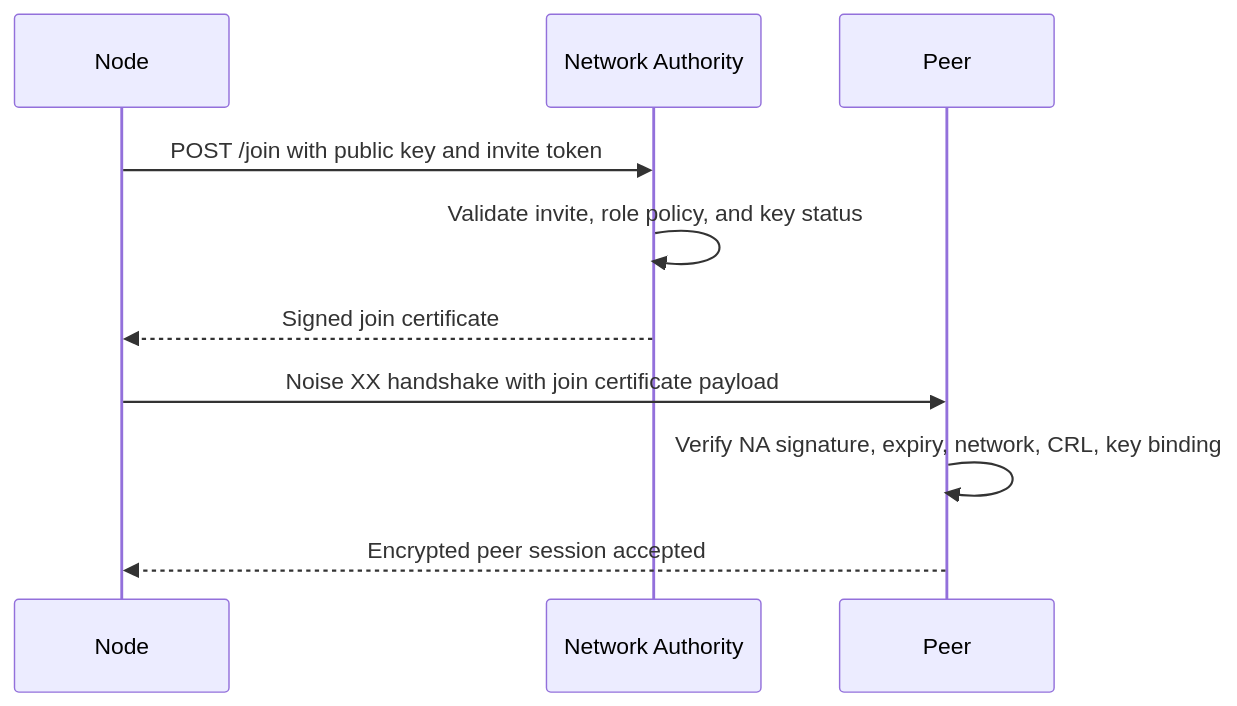
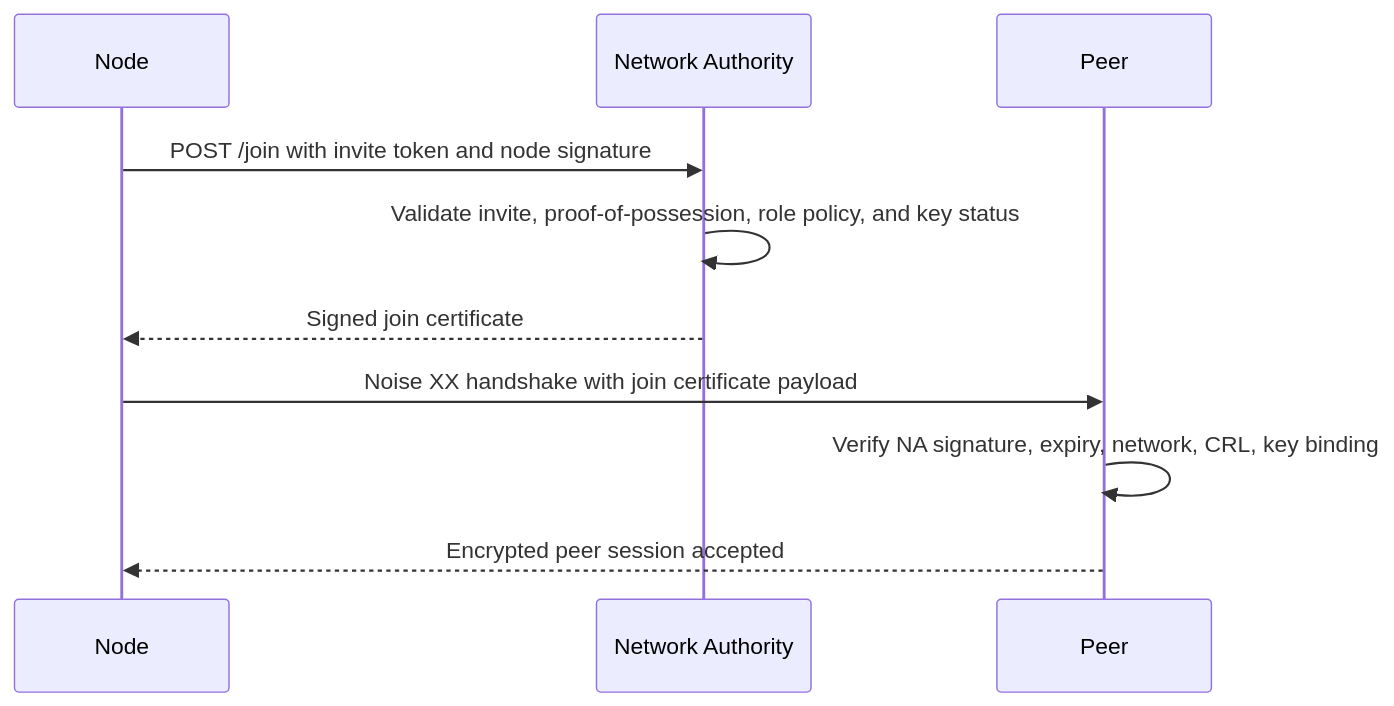
Before and after one commit to GenesisMeshLabs/genesismesh: the diagram in docs/concepts/security-model.md, drawn with Mermaid. The commit also changed other lines of this file and 13 other files, not shown here.

Commit message:
Enhance enrollment and certificate management by adding proof-of-possession requirements, capping renewal validity, and improving error handling for invalid requests. Update infrastructure configuration for Azure compatibility.

````diff
--- a/docs/concepts/security-model.md
+++ b/docs/concepts/security-model.md
@@ -6,13 +6,13 @@
 ```{mermaid}
 sequenceDiagram
     participant N as Node
     participant NA as Network Authority
     participant P as Peer
 
-    N->>NA: POST /join with public key and invite token
-    NA->>NA: Validate invite, role policy, and key status
+    N->>NA: POST /join with invite token and node signature
+    NA->>NA: Validate invite, proof-of-possession, role policy, and key status
     NA-->>N: Signed join certificate
     N->>P: Noise XX handshake with join certificate payload
     P->>P: Verify NA signature, expiry, network, CRL, key binding
     P-->>N: Encrypted peer session accepted
 ```
````
